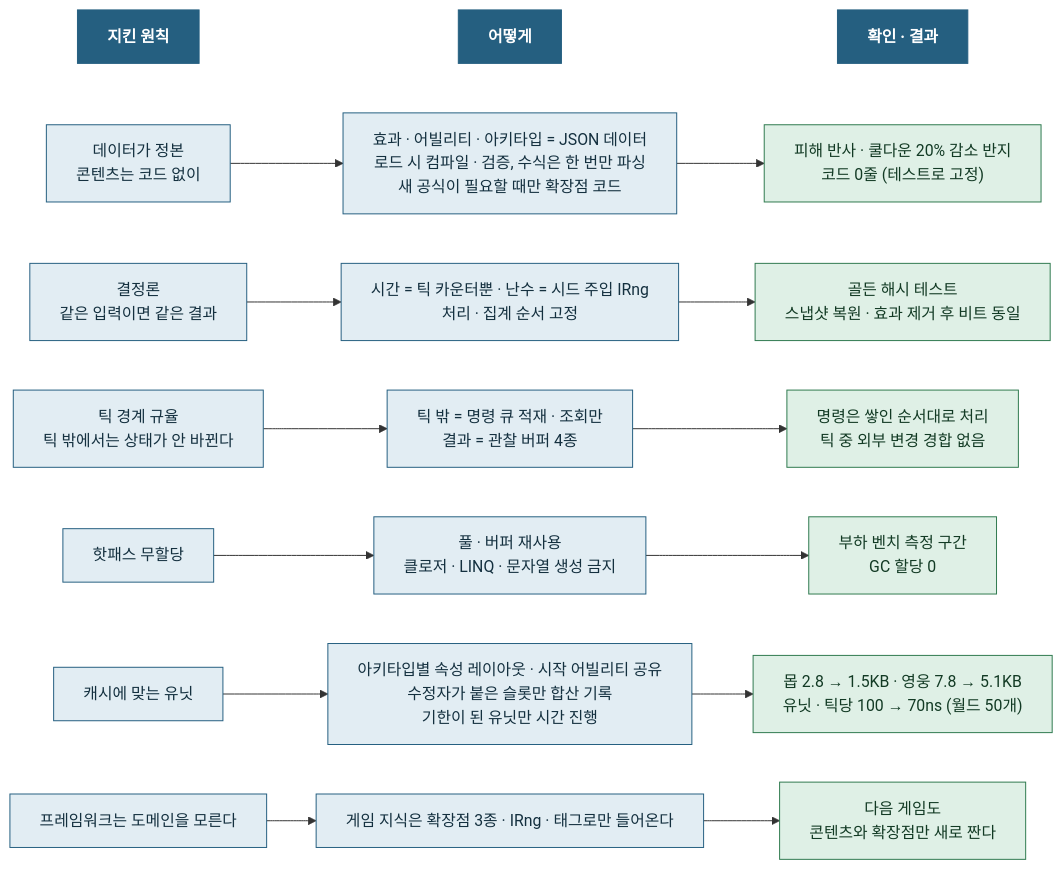
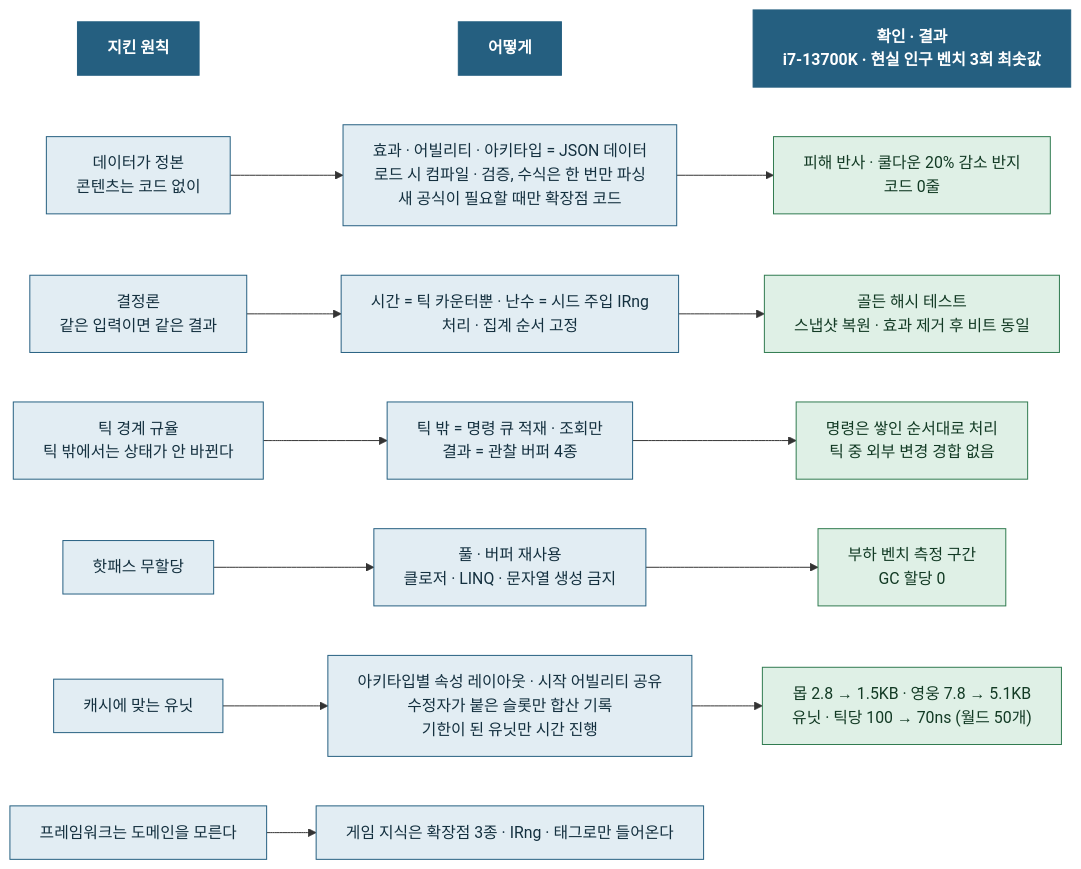
The fourth of 13 diagrams in docs/architecture/gameplay.md (Bun3/bun3-kit), drawn with Mermaid before and after one commit. The commit also changed other lines of this file, not shown here.

````diff
--- a/docs/architecture/gameplay.md
+++ b/docs/architecture/gameplay.md
@@ -70,14 +70,14 @@
 ```mermaid
 %%{init: {"flowchart": {"wrappingWidth": 640}}}%%
 flowchart LR
-  H1["지킨 원칙"]:::head ~~~ H2["어떻게"]:::head ~~~ H3["확인 · 결과"]:::head
-  P1["데이터가 정본<br/>콘텐츠는 코드 없이"] --> M1["효과 · 어빌리티 · 아키타입 = JSON 데이터<br/>로드 시 컴파일 · 검증, 수식은 한 번만 파싱<br/>새 공식이 필요할 때만 확장점 코드"] --> R1["피해 반사 · 쿨다운 20% 감소 반지<br/>코드 0줄 (테스트로 고정)"]:::ok
+  H1["지킨 원칙"]:::head ~~~ H2["어떻게"]:::head ~~~ H3["확인 · 결과<br/>i7-13700K · 현실 인구 벤치 3회 최솟값"]:::head
+  P1["데이터가 정본<br/>콘텐츠는 코드 없이"] --> M1["효과 · 어빌리티 · 아키타입 = JSON 데이터<br/>로드 시 컴파일 · 검증, 수식은 한 번만 파싱<br/>새 공식이 필요할 때만 확장점 코드"] --> R1["피해 반사 · 쿨다운 20% 감소 반지<br/>코드 0줄"]:::ok
   P2["결정론<br/>같은 입력이면 같은 결과"] --> M2["시간 = 틱 카운터뿐 · 난수 = 시드 주입 IRng<br/>처리 · 집계 순서 고정"] --> R2["골든 해시 테스트<br/>스냅샷 복원 · 효과 제거 후 비트 동일"]:::ok
   P3["틱 경계 규율<br/>틱 밖에서는 상태가 안 바뀐다"] --> M3["틱 밖 = 명령 큐 적재 · 조회만<br/>결과 = 관찰 버퍼 4종"] --> R3["명령은 쌓인 순서대로 처리<br/>틱 중 외부 변경 경합 없음"]:::ok
   P4["핫패스 무할당"] --> M4["풀 · 버퍼 재사용<br/>클로저 · LINQ · 문자열 생성 금지"] --> R4["부하 벤치 측정 구간<br/>GC 할당 0"]:::ok
   P5["캐시에 맞는 유닛"] --> M5["아키타입별 속성 레이아웃 · 시작 어빌리티 공유<br/>수정자가 붙은 슬롯만 합산 기록<br/>기한이 된 유닛만 시간 진행"] --> R5["몹 2.8 → 1.5KB · 영웅 7.8 → 5.1KB<br/>유닛 · 틱당 100 → 70ns (월드 50개)"]:::ok
-  P6["프레임워크는 도메인을 모른다"] --> M6["게임 지식은 확장점 3종 · IRng · 태그로만 들어온다"] --> R6["다음 게임도<br/>콘텐츠와 확장점만 새로 짠다"]:::ok
+  P6["프레임워크는 도메인을 모른다"] --> M6["게임 지식은 확장점 3종 · IRng · 태그로만 들어온다"]
   classDef head fill:#255f80,stroke:#255f80,color:#ffffff,font-weight:bold
   classDef ok fill:#dff0e6,stroke:#2f7a4f,color:#123a24
   classDef default fill:#e2edf3,stroke:#255f80,color:#14303f
 ```
````
